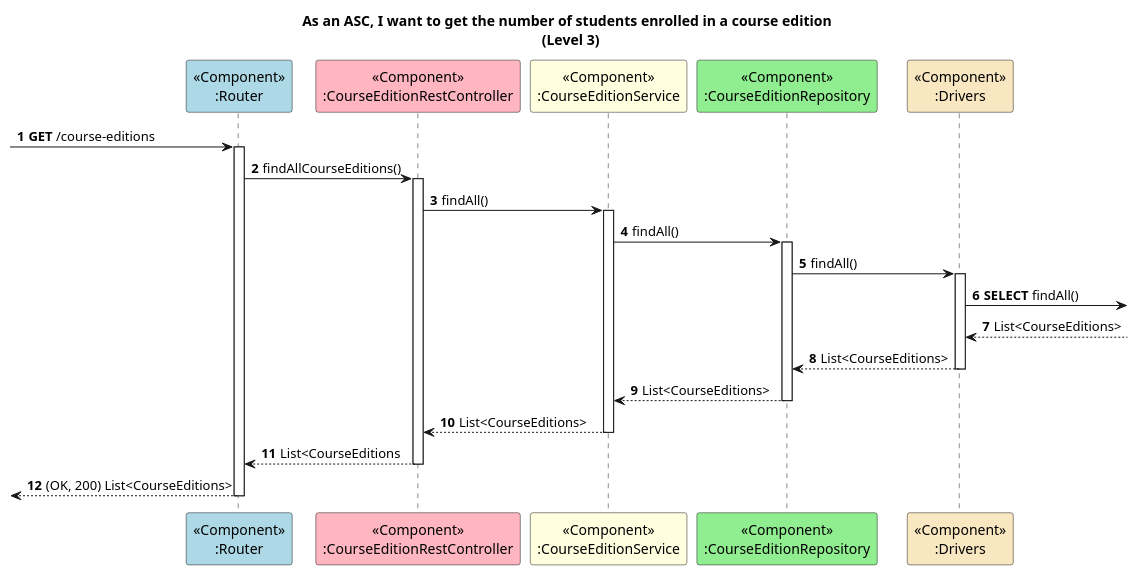
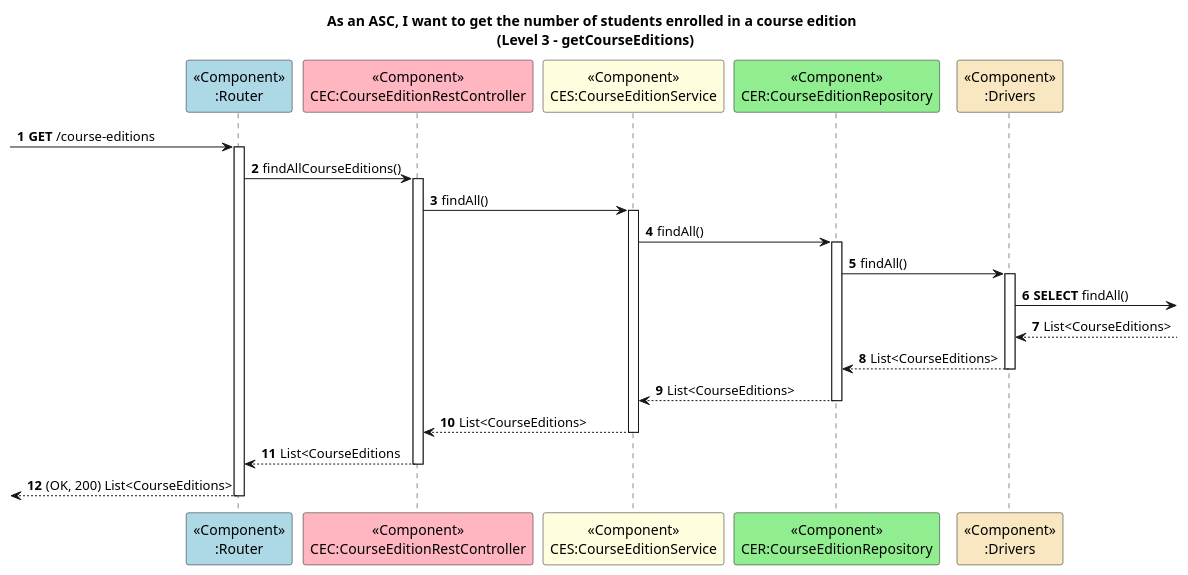
Before and after one commit to GasparISEP/DevOps-PAI: the diagram in docs/US36/ProcessView/Level3-getCourseEditions.puml, drawn with PlantUML.

Commit message:
Ref #652, #658: Minor correction in Process View Level 3 - getCourseEditions diagrams - US36

```diff
--- a/docs/US36/ProcessView/Level3-getCourseEditions.puml
+++ b/docs/US36/ProcessView/Level3-getCourseEditions.puml
@@ -1,26 +1,26 @@
 @startuml
 
 autonumber
 
-title As an ASC, I want to get the number of students enrolled in a course edition \n (Level 3)
+title As an ASC, I want to get the number of students enrolled in a course edition \n (Level 3 - getCourseEditions)
 
 participant "<<Component>>\n:Router" as Router #lightblue
-participant "<<Component>>\n:CourseEditionRestController" as C #lightpink
-participant "<<Component>>\n:CourseEditionService" as S #lightyellow
-participant "<<Component>>\n:CourseEditionRepository" as R #lightgreen
+participant "<<Component>>\nCEC:CourseEditionRestController" as C #lightpink
+participant "<<Component>>\nCES:CourseEditionService" as S #lightyellow
+participant "<<Component>>\nCER:CourseEditionRepository" as R #lightgreen
 participant "<<Component>>\n:Drivers" as D #strategy
 
  -> Router ++: **GET** /course-editions
 Router -> C ++: findAllCourseEditions()
 C -> S ++: findAll()
 S -> R ++: findAll()
 R -> D ++: findAll()
 D -> : **SELECT** findAll()
 D <-- : List<CourseEditions>
 D --> R --: List<CourseEditions>
 R --> S --: List<CourseEditions>
 S --> C --: List<CourseEditions>
 C --> Router --: List<CourseEditions
 <-- Router --: (OK, 200) List<CourseEditions>
 
 @enduml
```
